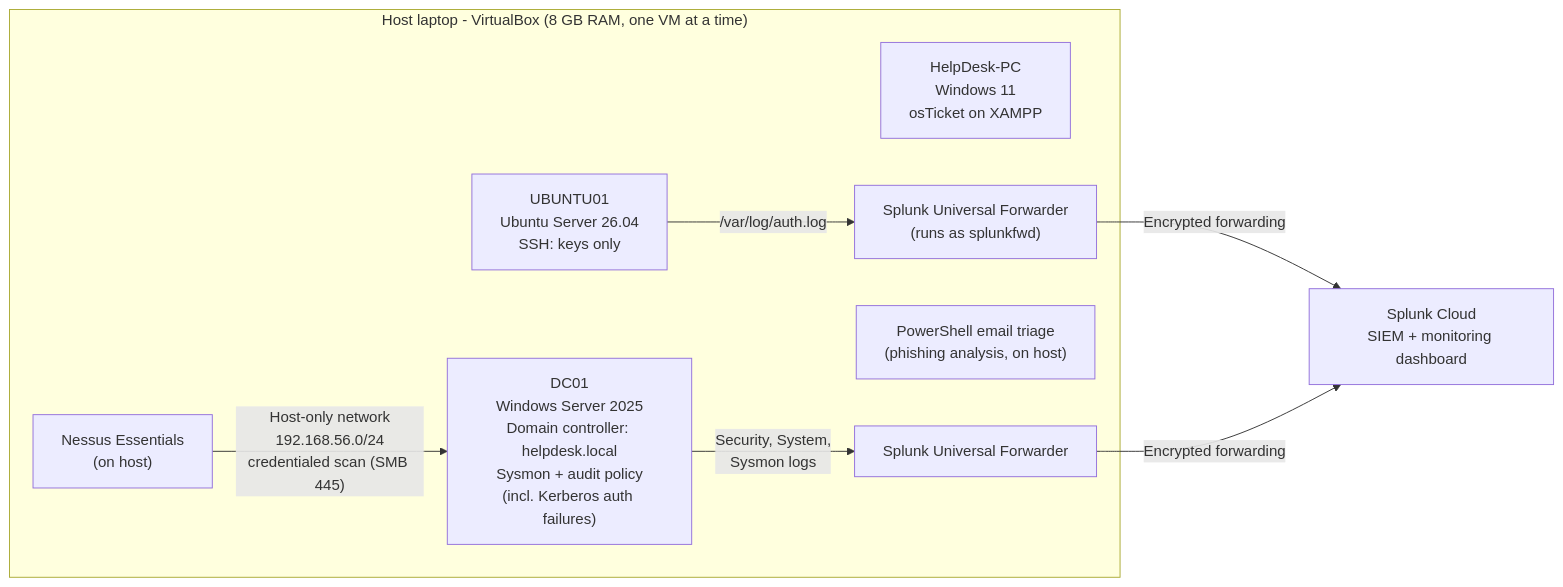
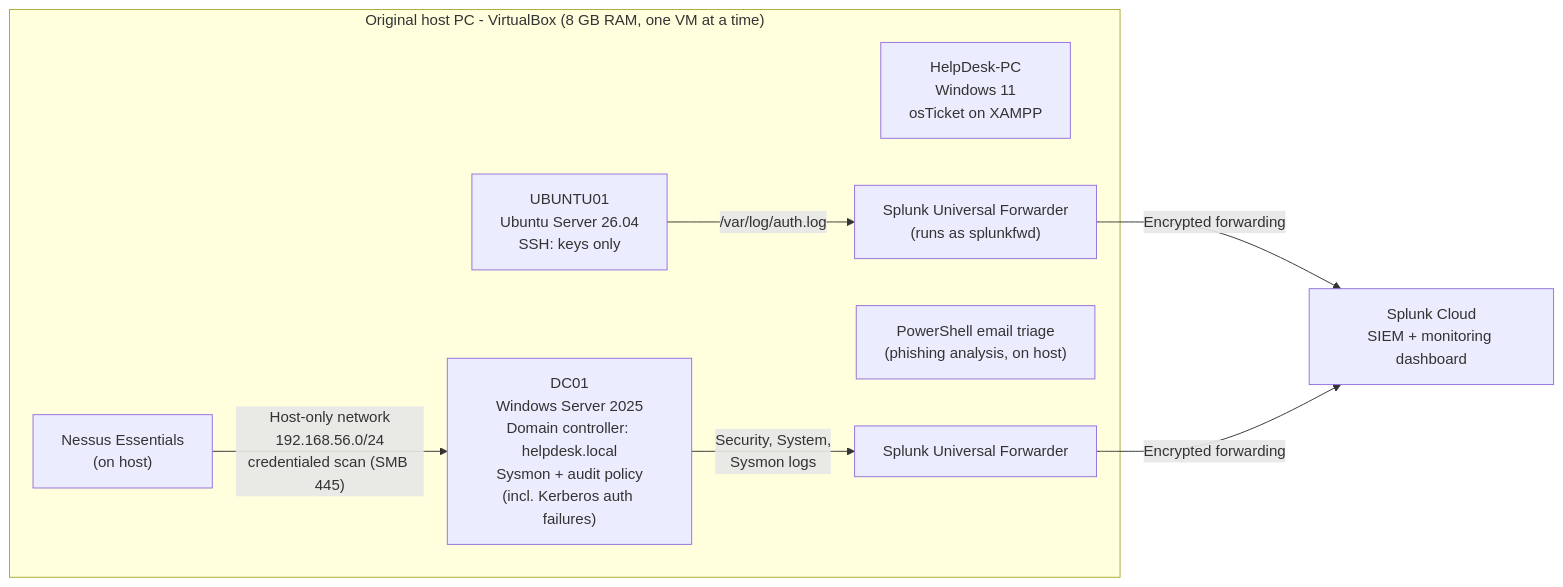
One commit to jaydenambrose5-beep/cybersecurity-labs changed the first of 2 diagrams in README.md. Above: the diagram before and after it, drawn with Mermaid. The commit also changed other lines of this file and 79 other files, not shown here.

````diff
--- a/README.md
+++ b/README.md
@@ -19,17 +81,17 @@
 ```mermaid
 flowchart LR
-    subgraph Host["Host laptop - VirtualBox (8 GB RAM, one VM at a time)"]
+    subgraph Host["Original host PC - VirtualBox (8 GB RAM, one VM at a time)"]
         PC["HelpDesk-PC<br/>Windows 11<br/>osTicket on XAMPP"]
         DC["DC01<br/>Windows Server 2025<br/>Domain controller: helpdesk.local<br/>Sysmon + audit policy<br/>(incl. Kerberos auth failures)"]
         UF["Splunk Universal Forwarder"]
         DC -- "Security, System,<br/>Sysmon logs" --> UF
         PS["PowerShell email triage<br/>(phishing analysis, on host)"]
         NS["Nessus Essentials<br/>(on host)"]
         NS -- "Host-only network<br/>192.168.56.0/24<br/>credentialed scan (SMB 445)" --> DC
         UB["UBUNTU01<br/>Ubuntu Server 26.04<br/>SSH: keys only"]
         UF2["Splunk Universal Forwarder<br/>(runs as splunkfwd)"]
         UB -- "/var/log/auth.log" --> UF2
     end
     UF2 -- "Encrypted forwarding" --> SC
     UF -- "Encrypted forwarding" --> SC["Splunk Cloud<br/>SIEM + monitoring dashboard"]
 ```
````
